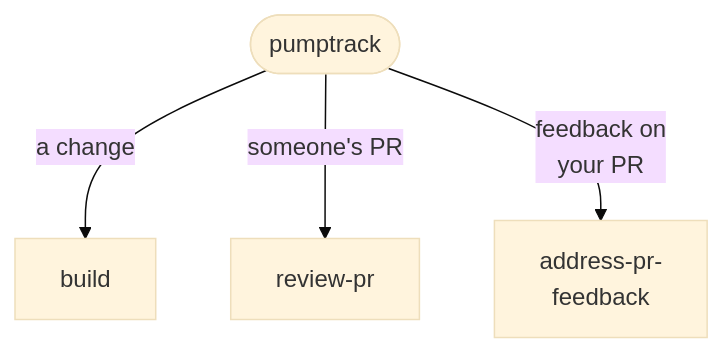
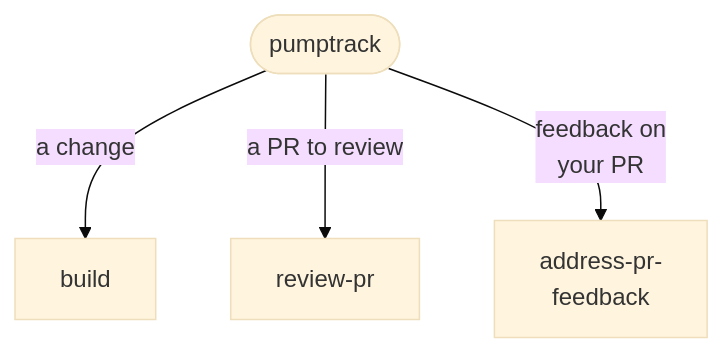
One commit to brandonbews/pumptrack changed the first of 4 diagrams in README.md. Above: the diagram before and after it, drawn with Mermaid (base theme). The commit also changed other lines of this file, not shown here.

Commit message:
Review fixes: the long-session caption fits catch-up, and review-pr's arrow covers your own PR

````diff
--- a/README.md
+++ b/README.md
@@ -13,7 +13,7 @@
 ```mermaid
 flowchart TD
   pt(["pumptrack"])
   pt -->|"a change"| build["build"]
-  pt -->|"someone's PR"| rpr["review-pr"]
+  pt -->|"a PR to review"| rpr["review-pr"]
   pt -->|"feedback on<br/>your PR"| apf["address-pr-<br/>feedback"]
 ```
````
